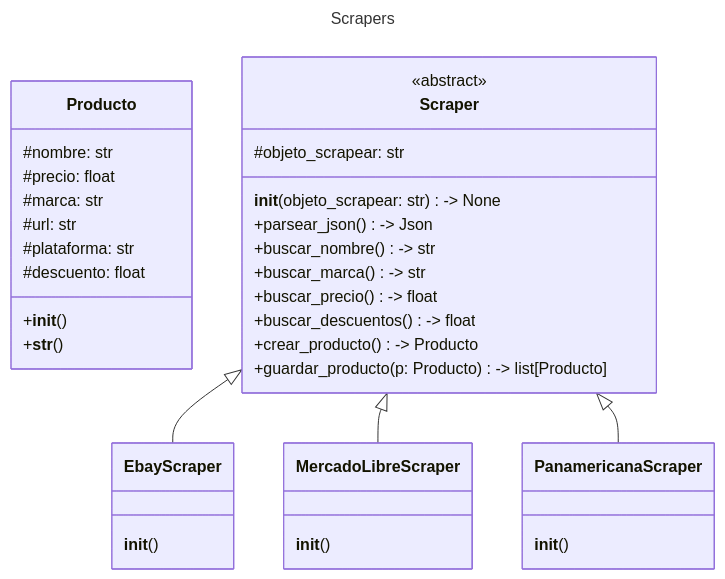
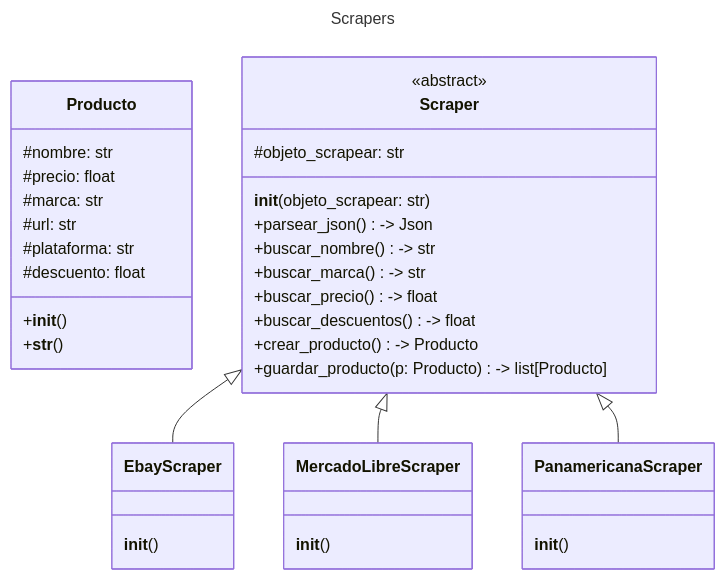
One commit to DanielFelipeGomezFonseca/poo_project changed the first of 2 diagrams in README.md. Above: the diagram before and after it, drawn with Mermaid.

````diff
--- a/README.md
+++ b/README.md
@@ -36,48 +36,48 @@
 ```mermaid
 ---
 title: Scrapers
 ---
 classDiagram
 
 class Producto {
   #nombre: str
   #precio: float
   #marca: str
   #url: str
   #plataforma: str
   #descuento: float
 
   +__init__() 
   +__str__() 
 }
 
 class Scraper {
   <<abstract>>
   #objeto_scrapear: str
 
-  __init__(objeto_scrapear: str) -> None
+  __init__(objeto_scrapear: str) 
   +parsear_json() -> Json
   +buscar_nombre() -> str
   +buscar_marca() -> str
   +buscar_precio() -> float
   +buscar_descuentos() -> float
   +crear_producto() -> Producto
   +guardar_producto(p: Producto) -> list[Producto]
 }
 
 class EbayScraper {
   __init__() 
 }
 
 class MercadoLibreScraper {
   __init__() 
 }
 
 class PanamericanaScraper {
   __init__() 
 }
 
 Scraper <|-- EbayScraper
 Scraper <|-- MercadoLibreScraper
 Scraper <|-- PanamericanaScraper
 ```
````
